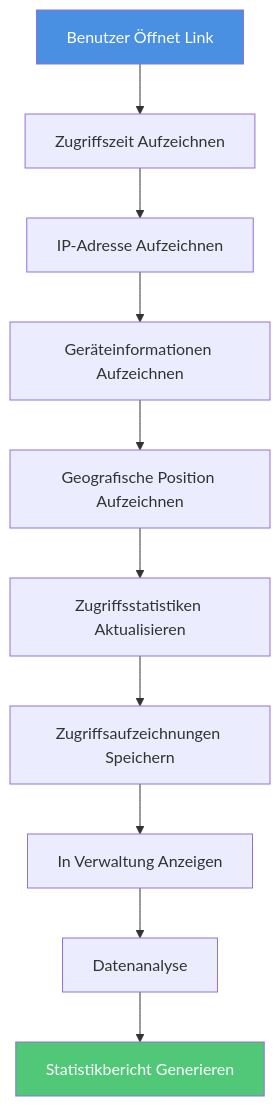
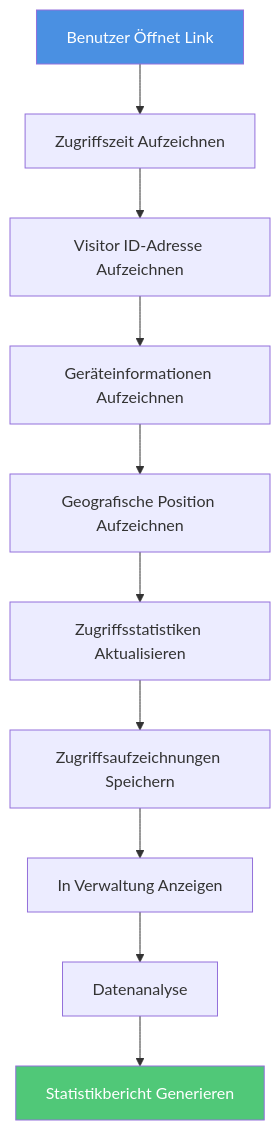
The sixth of 12 diagrams in src/content/blog/de/pdf-sharing-introduction.md (mythenigma/cloudflareAstro), drawn with Mermaid before and after one commit. The commit also changed other lines of this file and 353 other files, not shown here.

````diff
--- a/src/content/blog/de/pdf-sharing-introduction.md
+++ b/src/content/blog/de/pdf-sharing-introduction.md
@@ -204,15 +204,15 @@
 ```mermaid
 flowchart TD
     A[Benutzer Öffnet Link] --> B[Zugriffszeit Aufzeichnen]
-    B --> C[IP-Adresse Aufzeichnen]
+    B --> C[Visitor ID-Adresse Aufzeichnen]
     C --> D[Geräteinformationen Aufzeichnen]
     D --> E[Geografische Position Aufzeichnen]
     E --> F[Zugriffsstatistiken Aktualisieren]
     F --> G[Zugriffsaufzeichnungen Speichern]
     G --> H[In Verwaltung Anzeigen]
     H --> I[Datenanalyse]
     I --> J[Statistikbericht Generieren]
     
     style A fill:#4A90E2,color:#fff
     style J fill:#50C878,color:#fff
 ```
````
